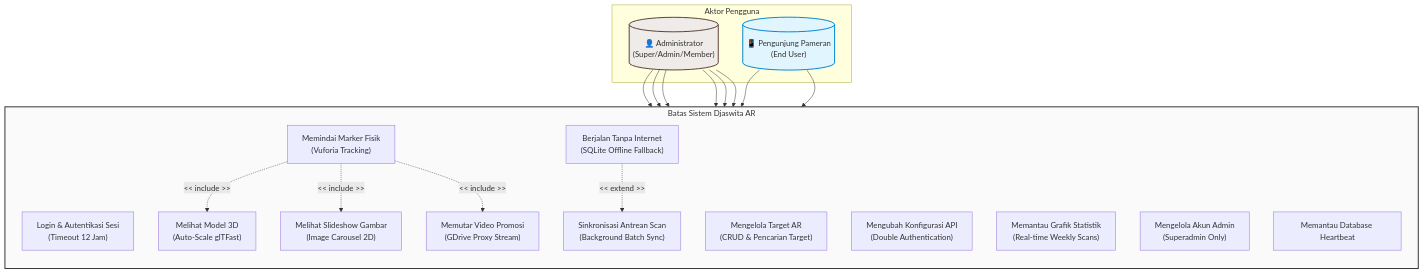
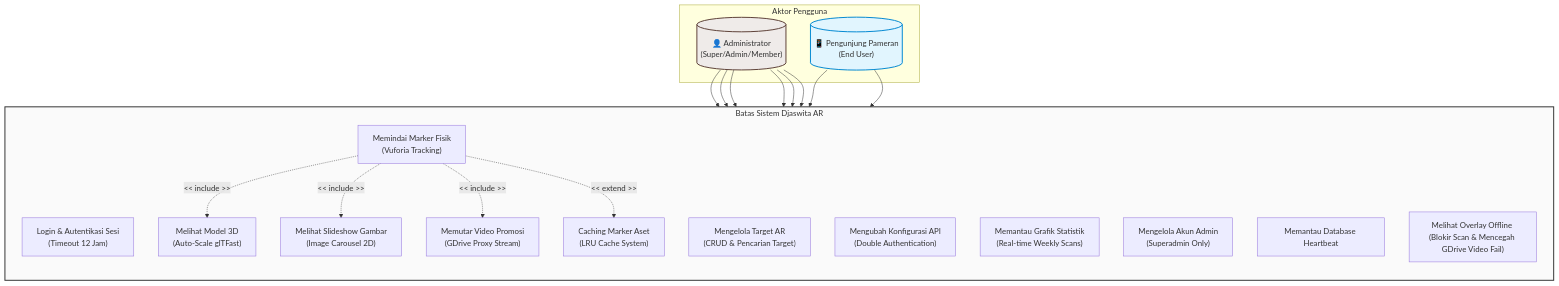
One commit to MyusiZ3/DjaswitaAR-Fix changed the second of 3 diagrams in WebAdmin/docs/diagram/diagram.md. Above: the diagram before and after it, drawn with Mermaid. The commit also changed other lines of this file, not shown here.

First line of the commit message:
docs: revise offline blocking flow and LRU marker cache logic

````diff
--- a/WebAdmin/docs/diagram/diagram.md
+++ b/WebAdmin/docs/diagram/diagram.md
@@ -70,51 +70,51 @@
 ```mermaid
 graph TB
     %% Definisi Aktor
     subgraph Aktor ["Aktor Pengguna"]
         Admin[("👤 Administrator <br>(Super/Admin/Member)")]
         User[("📱 Pengunjung Pameran <br>(End User)")]
     end
 
     %% Batas Sistem (System Boundary)
     subgraph SystemBoundary ["Batas Sistem Djaswita AR"]
         direction TB
         
         %% Use Cases Admin
         UC_Login["Login & Autentikasi Sesi <br>(Timeout 12 Jam)"]
         UC_CRUD["Mengelola Target AR <br>(CRUD & Pencarian Target)"]
         UC_Config["Mengubah Konfigurasi API <br>(Double Authentication)"]
         UC_ViewStats["Memantau Grafik Statistik <br>(Real-time Weekly Scans)"]
         UC_ManageAdmin["Mengelola Akun Admin <br>(Superadmin Only)"]
         UC_Hearbeat["Memantau Database Heartbeat"]
 
         %% Use Cases User
         UC_ScanMarker["Memindai Marker Fisik <br>(Vuforia Tracking)"]
         UC_View3D["Melihat Model 3D <br>(Auto-Scale glTFast)"]
         UC_ViewCarousel["Melihat Slideshow Gambar <br>(Image Carousel 2D)"]
         UC_PlayVideo["Memutar Video Promosi <br>(GDrive Proxy Stream)"]
-        UC_OfflineMode["Berjalan Tanpa Internet <br>(SQLite Offline Fallback)"]
-        UC_CacheSync["Sinkronisasi Antrean Scan <br>(Background Batch Sync)"]
+        UC_OfflineOverlay["Melihat Overlay Offline <br>(Blokir Scan & Mencegah GDrive Video Fail)"]
+        UC_CacheMarker["Caching Marker Aset <br>(LRU Cache System)"]
     end
 
     %% Hubungan Aktor ke Use Case
     Admin --> UC_Login
     Admin --> UC_CRUD
     Admin --> UC_Config
     Admin --> UC_ViewStats
     Admin --> UC_ManageAdmin
     Admin --> UC_Hearbeat
 
     User --> UC_ScanMarker
-    User --> UC_OfflineMode
+    User --> UC_OfflineOverlay
 
     %% Relasi Include / Extend
     UC_ScanMarker -. "<< include >>" .-> UC_View3D
     UC_ScanMarker -. "<< include >>" .-> UC_ViewCarousel
     UC_ScanMarker -. "<< include >>" .-> UC_PlayVideo
-    UC_OfflineMode -. "<< extend >>" .-> UC_CacheSync
+    UC_ScanMarker -. "<< extend >>" .-> UC_CacheMarker
 
     %% Styling Warna
     style Admin fill:#efebe9,stroke:#5d4037,stroke-width:2px;
     style User fill:#e1f5fe,stroke:#0288d1,stroke-width:2px;
     style SystemBoundary fill:#fafafa,stroke:#333,stroke-width:2px;
 ```
````
